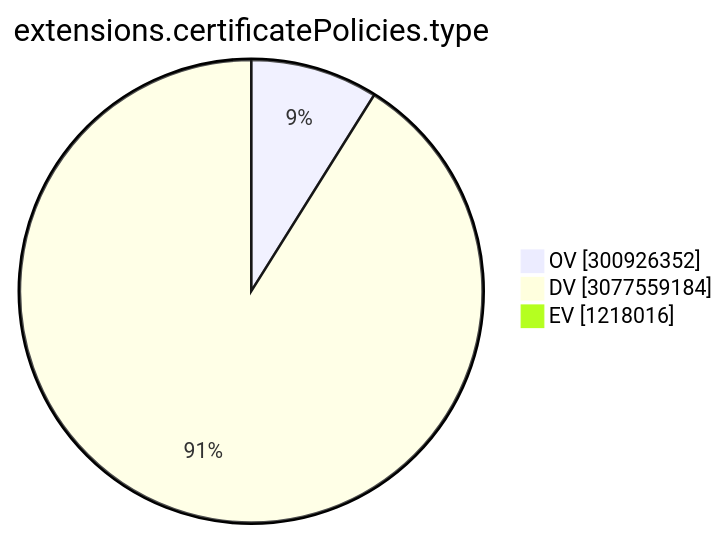
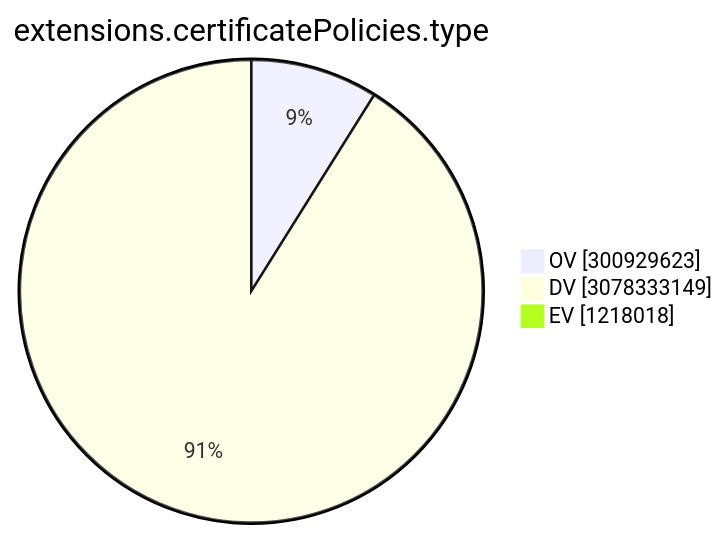
The ninth of 15 diagrams in TOTAL/README.md (christiankrug/ctmonitor_visualization), drawn with Mermaid before and after one commit. The commit also changed other lines of this file, not shown here.

````diff
--- a/TOTAL/README.md
+++ b/TOTAL/README.md
@@ -3102,7 +3102,7 @@
 ```mermaid
 pie showData
 title extensions.certificatePolicies.type
-"OV" :300926352
-"DV" :3077559184
-"EV" :1218016
+"OV" :300929623
+"DV" :3078333149
+"EV" :1218018
 ```
````
